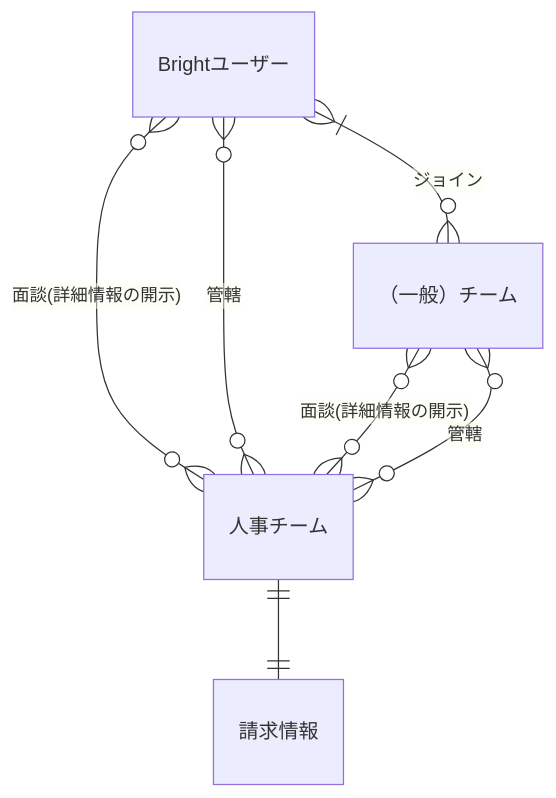
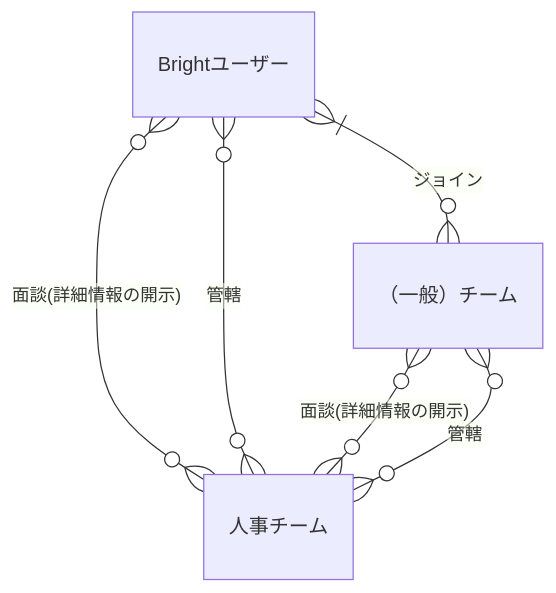
One commit to bright-org/bright changed the seventh of 10 diagrams in docs/conceptual_schemas/users.md. Above: the diagram before and after it, drawn with Mermaid. The commit also changed other lines of this file, not shown here.

````diff
--- a/docs/conceptual_schemas/users.md
+++ b/docs/conceptual_schemas/users.md
@@ -67,9 +89,8 @@
 ```mermaid
 erDiagram
   "Brightユーザー"}|--o{"（一般）チーム" : "ジョイン"
   "Brightユーザー"}o--o{"人事チーム" : "面談(詳細情報の開示)"
   "Brightユーザー"}o--o{"人事チーム" : "管轄"
   "（一般）チーム"}o--o{"人事チーム" : "面談(詳細情報の開示)"
   "（一般）チーム"}o--o{"人事チーム" : "管轄"
-  "人事チーム"||--||"請求情報" : ""
 ```
````
